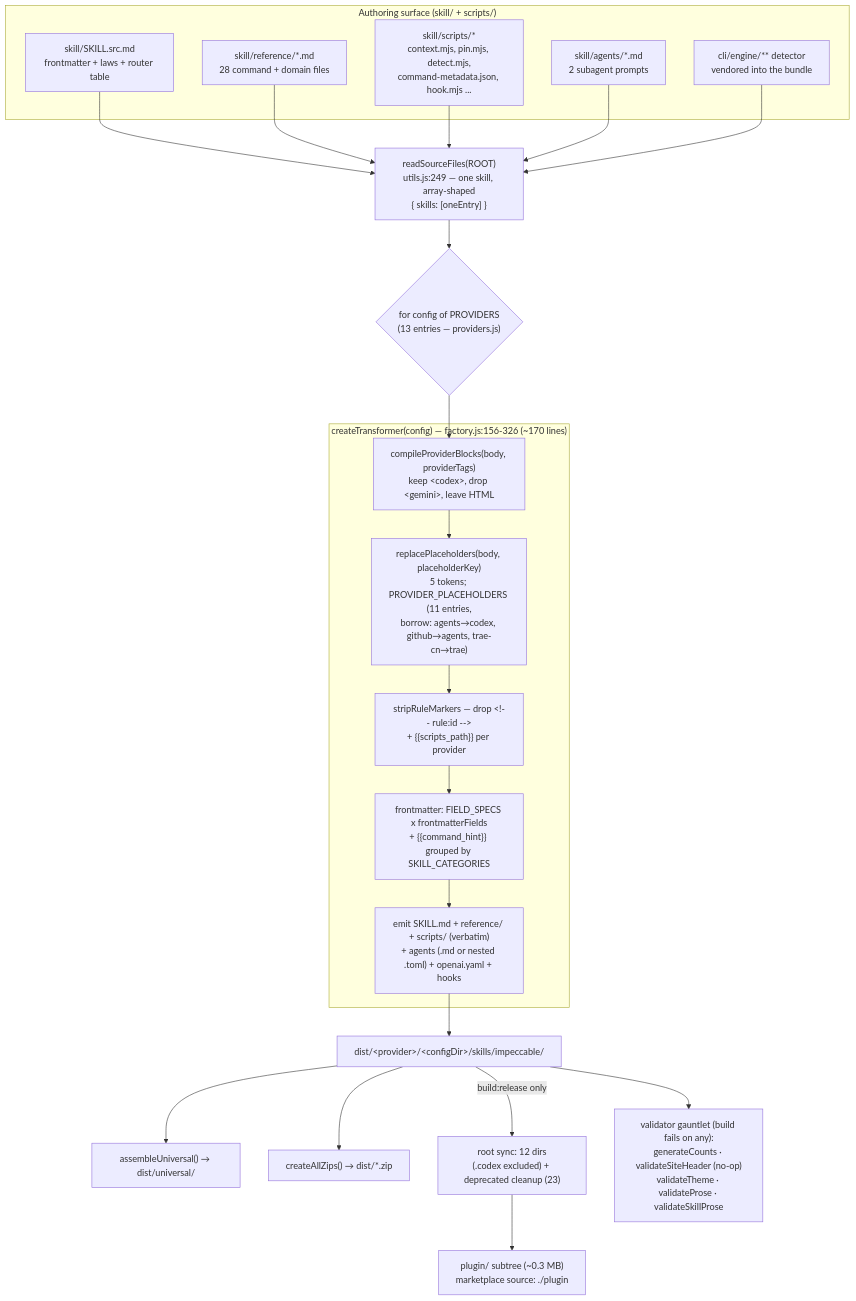
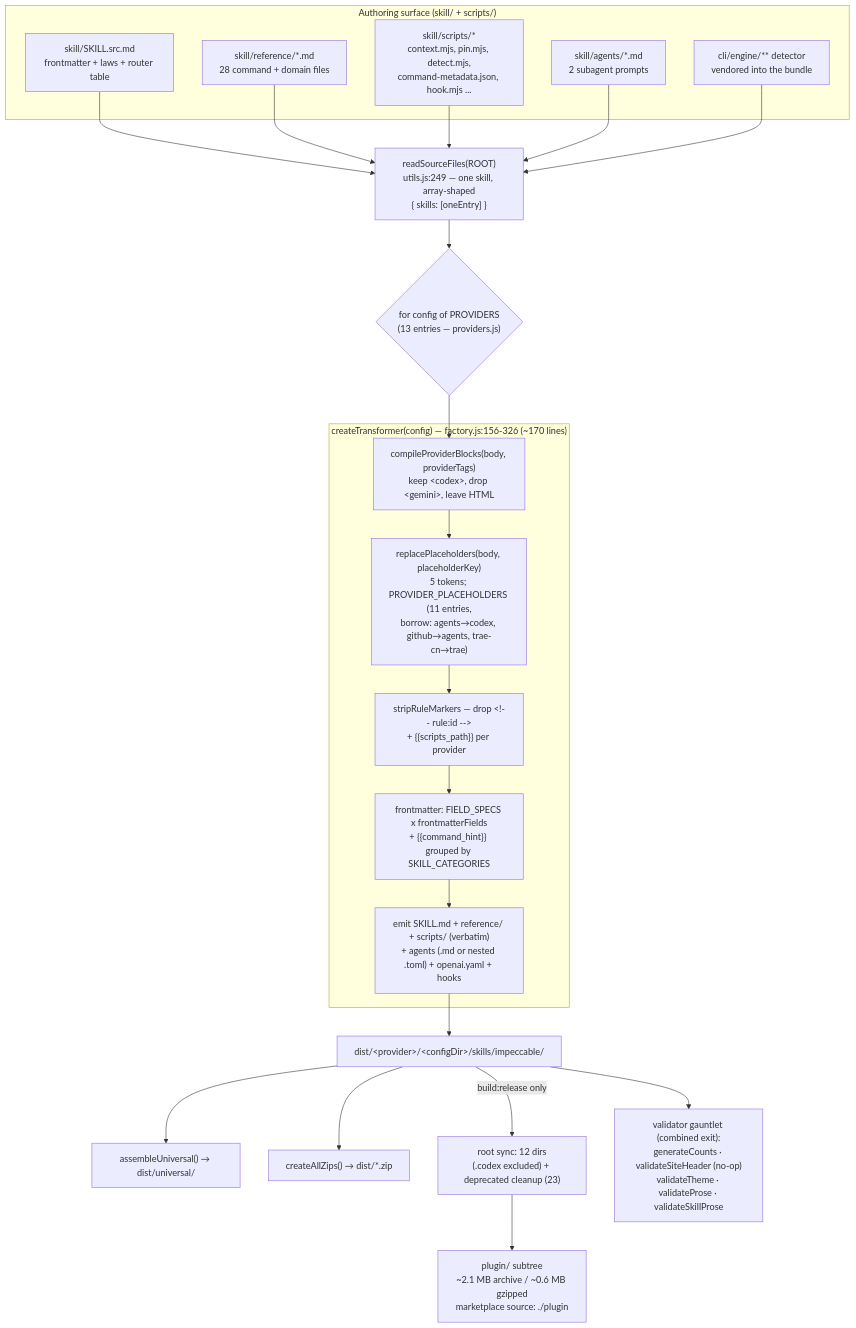
Before and after one commit to martinmoradi/yoinkit: the first of 2 diagrams in audit/impeccable/reports/04-skill-harness/04-skill-harness.md, drawn with Mermaid. The commit also changed other lines of this file and 28 other files, not shown here.

````diff
--- a/audit/impeccable/reports/04-skill-harness/04-skill-harness.md
+++ b/audit/impeccable/reports/04-skill-harness/04-skill-harness.md
@@ -82,32 +82,32 @@
 ```mermaid
 flowchart TD
     subgraph SRC["Authoring surface (skill/ + scripts/)"]
         A["skill/SKILL.src.md<br/>frontmatter + laws + router table"]
         B["skill/reference/*.md<br/>28 command + domain files"]
         C["skill/scripts/*<br/>context.mjs, pin.mjs, detect.mjs,<br/>command-metadata.json, hook.mjs ..."]
         D["skill/agents/*.md<br/>2 subagent prompts"]
         E["cli/engine/** detector<br/>vendored into the bundle"]
     end
 
     A & B & C & D & E --> RS["readSourceFiles(ROOT)<br/>utils.js:249 — one skill, array-shaped<br/>{ skills: [oneEntry] }"]
 
     RS --> LOOP{"for config of PROVIDERS<br/>(13 entries — providers.js)"}
 
     subgraph XFORM["createTransformer(config) — factory.js:156-326 (~170 lines)"]
         T1["compileProviderBlocks(body, providerTags)<br/>keep &lt;codex&gt;, drop &lt;gemini&gt;, leave HTML"]
         T2["replacePlaceholders(body, placeholderKey)<br/>5 tokens; PROVIDER_PLACEHOLDERS (11 entries,<br/>borrow: agents→codex, github→agents, trae-cn→trae)"]
         T3["stripRuleMarkers — drop &lt;!-- rule:id --&gt;<br/>+ {{scripts_path}} per provider"]
         T4["frontmatter: FIELD_SPECS x frontmatterFields<br/>+ {{command_hint}} grouped by SKILL_CATEGORIES"]
         T5["emit SKILL.md + reference/ + scripts/ (verbatim)<br/>+ agents (.md or nested .toml) + openai.yaml + hooks"]
     end
 
     LOOP --> T1 --> T2 --> T3 --> T4 --> T5
 
     T5 --> OUT["dist/&lt;provider&gt;/&lt;configDir&gt;/skills/impeccable/"]
     OUT --> UNI["assembleUniversal() → dist/universal/"]
     OUT --> ZIP["createAllZips() → dist/*.zip"]
     OUT -->|"build:release only"| ROOT["root sync: 12 dirs<br/>(.codex excluded) + deprecated cleanup (23)"]
-    ROOT --> PLUGIN["plugin/ subtree (~0.3 MB)<br/>marketplace source: ./plugin"]
+    ROOT --> PLUGIN["plugin/ subtree<br/>~2.1 MB archive / ~0.6 MB gzipped<br/>marketplace source: ./plugin"]
 
-    OUT --> VAL["validator gauntlet (build fails on any):<br/>generateCounts · validateSiteHeader (no-op)<br/>validateTheme · validateProse · validateSkillProse"]
+    OUT --> VAL["validator gauntlet (combined exit):<br/>generateCounts · validateSiteHeader (no-op)<br/>validateTheme · validateProse · validateSkillProse"]
 ```
````
